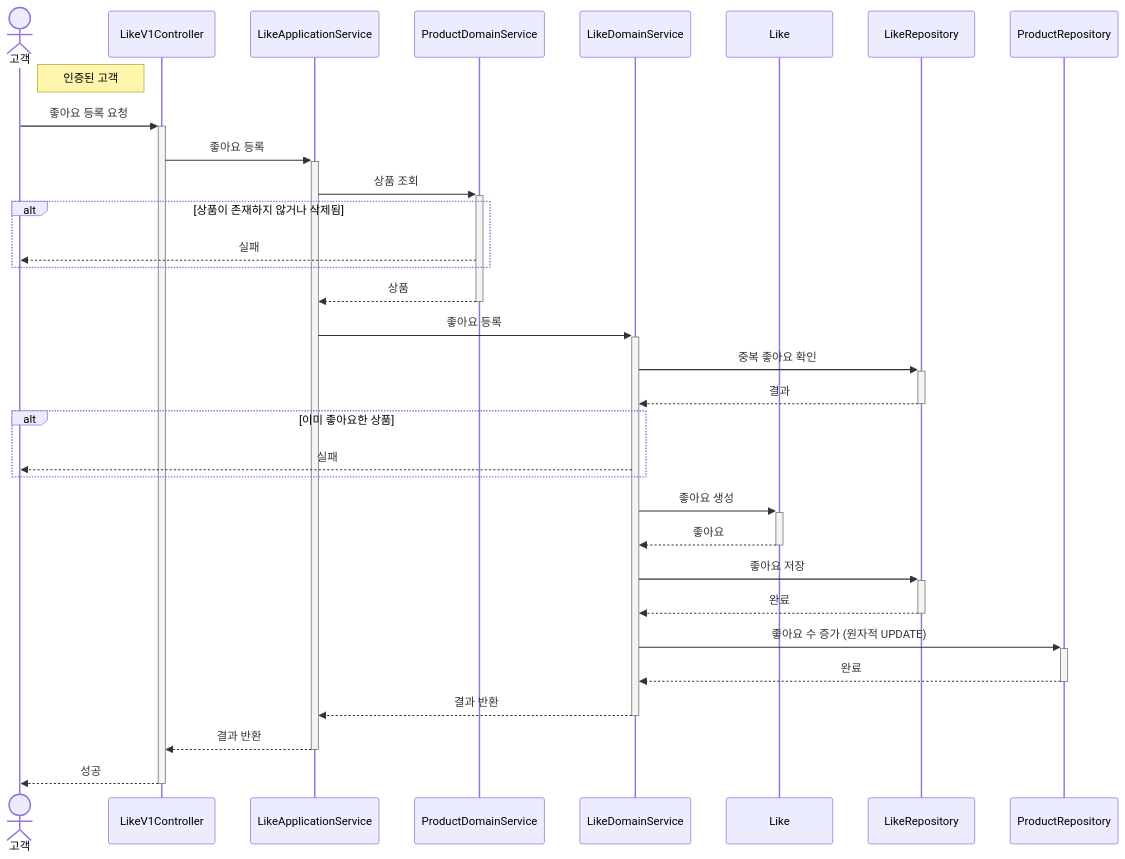
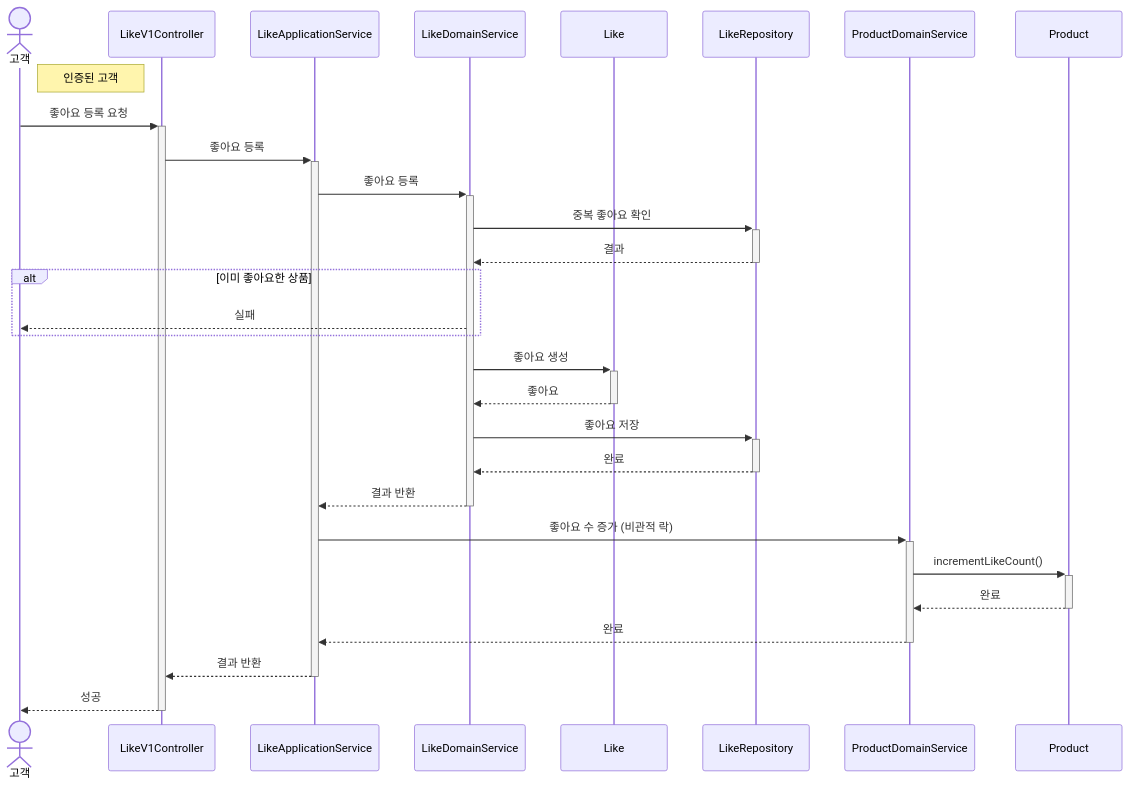
Before and after one commit to Loopers-dev-lab/loop-pack-be-l2-vol3-java: the first of 6 diagrams in .docs/02-sequence-diagrams.md, drawn with Mermaid. The commit also changed other lines of this file and 3 other files, not shown here.

````diff
--- a/.docs/02-sequence-diagrams.md
+++ b/.docs/02-sequence-diagrams.md
@@ -14,40 +14,38 @@
 ```mermaid
 sequenceDiagram
     actor 고객
     participant LikeV1Controller
     participant LikeApplicationService
-    participant ProductDomainService
     participant LikeDomainService
     participant Like
     participant LikeRepository
-    participant ProductRepository
+    participant ProductDomainService
+    participant Product
 
     Note right of 고객: 인증된 고객
 
     고객->>+LikeV1Controller: 좋아요 등록 요청
     LikeV1Controller->>+LikeApplicationService: 좋아요 등록
-
-    LikeApplicationService->>+ProductDomainService: 상품 조회
-    alt 상품이 존재하지 않거나 삭제됨
-        ProductDomainService-->>고객: 실패
-    end
-    ProductDomainService-->>-LikeApplicationService: 상품
 
     LikeApplicationService->>+LikeDomainService: 좋아요 등록
     LikeDomainService->>+LikeRepository: 중복 좋아요 확인
     LikeRepository-->>-LikeDomainService: 결과
     alt 이미 좋아요한 상품
         LikeDomainService-->>고객: 실패
     end
 
     LikeDomainService->>+Like: 좋아요 생성
     Like-->>-LikeDomainService: 좋아요
     LikeDomainService->>+LikeRepository: 좋아요 저장
     LikeRepository-->>-LikeDomainService: 완료
-    LikeDomainService->>+ProductRepository: 좋아요 수 증가 (원자적 UPDATE)
-    ProductRepository-->>-LikeDomainService: 완료
 
     LikeDomainService-->>-LikeApplicationService: 결과 반환
+
+    LikeApplicationService->>+ProductDomainService: 좋아요 수 증가 (비관적 락)
+    ProductDomainService->>+Product: incrementLikeCount()
+    Product-->>-ProductDomainService: 완료
+    ProductDomainService-->>-LikeApplicationService: 완료
+
     LikeApplicationService-->>-LikeV1Controller: 결과 반환
     LikeV1Controller-->>-고객: 성공
 ```
````
